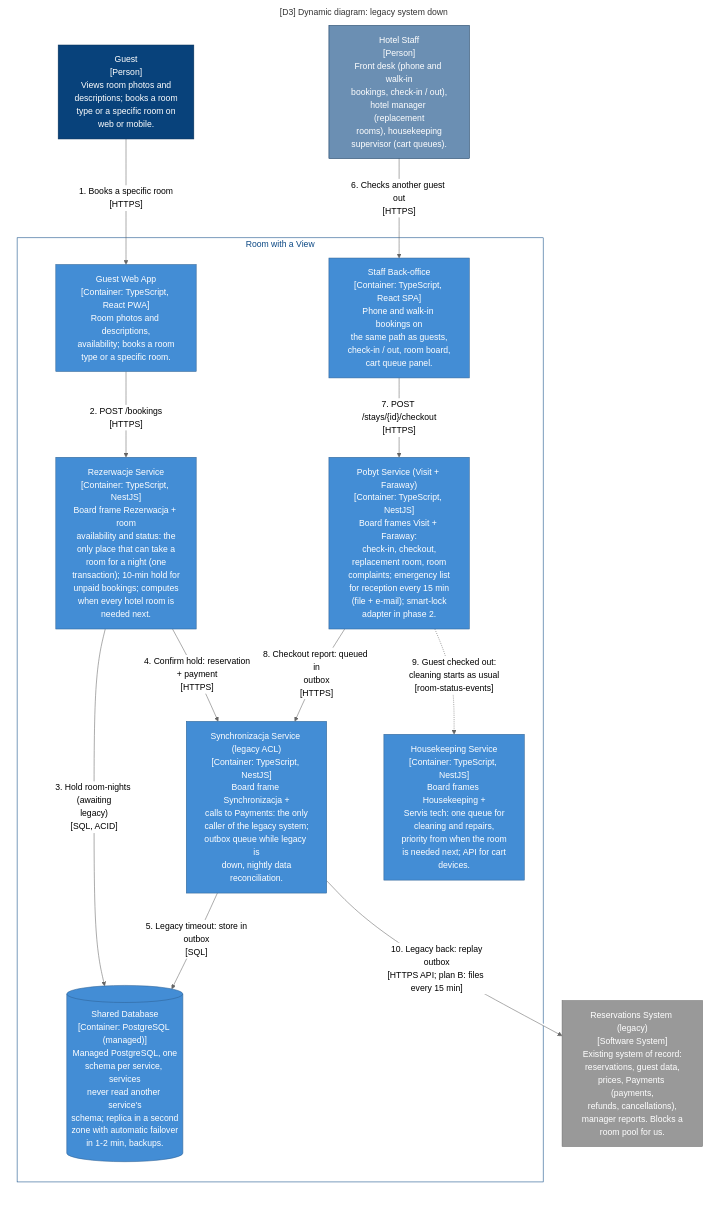
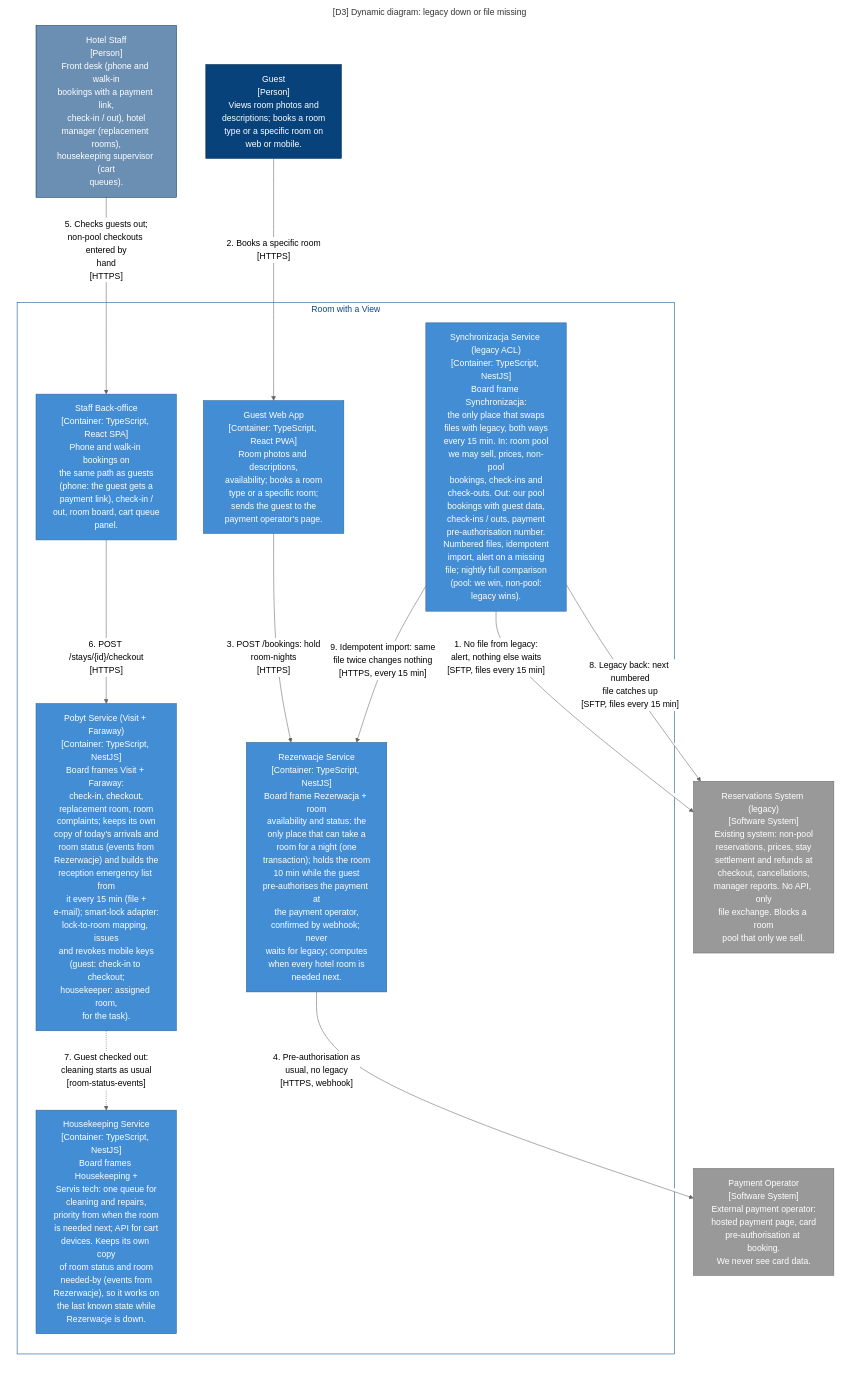
Before and after one commit to patrykkarny/Kata-workshopAI: the diagram in zadanie/c4/out/mermaid-plain/D3-LegacyDown.mmd, drawn with Mermaid (neutral theme). The commit also changed 28 other files, not shown here.

Commit message:
c4 i prezentacja: pliki z legacy, operator płatności, smart locki w MVP, nowe top 3

```diff
--- a/zadanie/c4/out/mermaid-plain/D3-LegacyDown.mmd
+++ b/zadanie/c4/out/mermaid-plain/D3-LegacyDown.mmd
@@ -1,44 +1,43 @@
 graph LR
   linkStyle default fill:#ffffff
 
-  subgraph diagram ["[D3] Dynamic diagram: legacy system down"]
+  subgraph diagram ["[D3] Dynamic diagram: legacy down or file missing"]
     style diagram fill:#ffffff,stroke:#ffffff
 
     subgraph 4 ["Room with a View"]
       style 4 fill:#ffffff,stroke:#0b4884,color:#0b4884
 
-      10["Pobyt Service (Visit + Faraway)<br/>[Container: TypeScript, NestJS]<br/>Board frames Visit + Faraway:<br/>check-in, checkout,<br/>replacement room, room<br/>complaints; emergency list<br/>for reception every 15 min<br/>(file + e-mail); smart-lock<br/>adapter in phase 2."]
+      10["Pobyt Service (Visit + Faraway)<br/>[Container: TypeScript, NestJS]<br/>Board frames Visit + Faraway:<br/>check-in, checkout,<br/>replacement room, room<br/>complaints; keeps its own<br/>copy of today's arrivals and<br/>room status (events from<br/>Rezerwacje) and builds the<br/>reception emergency list from<br/>it every 15 min (file +<br/>e-mail); smart-lock adapter:<br/>lock-to-room mapping, issues<br/>and revokes mobile keys<br/>(guest: check-in to checkout;<br/>housekeeper: assigned room,<br/>for the task)."]
       style 10 fill:#438dd5,stroke:#2e6295,color:#ffffff
-      11["Synchronizacja Service (legacy ACL)<br/>[Container: TypeScript, NestJS]<br/>Board frame Synchronizacja +<br/>calls to Payments: the only<br/>caller of the legacy system;<br/>outbox queue while legacy is<br/>down, nightly data<br/>reconciliation."]
+      11["Synchronizacja Service (legacy ACL)<br/>[Container: TypeScript, NestJS]<br/>Board frame Synchronizacja:<br/>the only place that swaps<br/>files with legacy, both ways<br/>every 15 min. In: room pool<br/>we may sell, prices, non-pool<br/>bookings, check-ins and<br/>check-outs. Out: our pool<br/>bookings with guest data,<br/>check-ins / outs, payment<br/>pre-authorisation number.<br/>Numbered files, idempotent<br/>import, alert on a missing<br/>file; nightly full comparison<br/>(pool: we win, non-pool:<br/>legacy wins)."]
       style 11 fill:#438dd5,stroke:#2e6295,color:#ffffff
-      13[("Shared Database<br/>[Container: PostgreSQL (managed)]<br/>Managed PostgreSQL, one<br/>schema per service, services<br/>never read another service's<br/>schema; replica in a second<br/>zone with automatic failover<br/>in 1-2 min, backups.")]
-      style 13 fill:#438dd5,stroke:#2e6295,color:#ffffff
-      5["Guest Web App<br/>[Container: TypeScript, React PWA]<br/>Room photos and descriptions,<br/>availability; books a room<br/>type or a specific room."]
+      5["Guest Web App<br/>[Container: TypeScript, React PWA]<br/>Room photos and descriptions,<br/>availability; books a room<br/>type or a specific room;<br/>sends the guest to the<br/>payment operator's page."]
       style 5 fill:#438dd5,stroke:#2e6295,color:#ffffff
-      6["Staff Back-office<br/>[Container: TypeScript, React SPA]<br/>Phone and walk-in bookings on<br/>the same path as guests,<br/>check-in / out, room board,<br/>cart queue panel."]
+      6["Staff Back-office<br/>[Container: TypeScript, React SPA]<br/>Phone and walk-in bookings on<br/>the same path as guests<br/>(phone: the guest gets a<br/>payment link), check-in /<br/>out, room board, cart queue<br/>panel."]
       style 6 fill:#438dd5,stroke:#2e6295,color:#ffffff
-      8["Rezerwacje Service<br/>[Container: TypeScript, NestJS]<br/>Board frame Rezerwacja + room<br/>availability and status: the<br/>only place that can take a<br/>room for a night (one<br/>transaction); 10-min hold for<br/>unpaid bookings; computes<br/>when every hotel room is<br/>needed next."]
+      8["Rezerwacje Service<br/>[Container: TypeScript, NestJS]<br/>Board frame Rezerwacja + room<br/>availability and status: the<br/>only place that can take a<br/>room for a night (one<br/>transaction); holds the room<br/>10 min while the guest<br/>pre-authorises the payment at<br/>the payment operator,<br/>confirmed by webhook; never<br/>waits for legacy; computes<br/>when every hotel room is<br/>needed next."]
       style 8 fill:#438dd5,stroke:#2e6295,color:#ffffff
-      9["Housekeeping Service<br/>[Container: TypeScript, NestJS]<br/>Board frames Housekeeping +<br/>Servis tech: one queue for<br/>cleaning and repairs,<br/>priority from when the room<br/>is needed next; API for cart<br/>devices."]
+      9["Housekeeping Service<br/>[Container: TypeScript, NestJS]<br/>Board frames Housekeeping +<br/>Servis tech: one queue for<br/>cleaning and repairs,<br/>priority from when the room<br/>is needed next; API for cart<br/>devices. Keeps its own copy<br/>of room status and room<br/>needed-by (events from<br/>Rezerwacje), so it works on<br/>the last known state while<br/>Rezerwacje is down."]
       style 9 fill:#438dd5,stroke:#2e6295,color:#ffffff
     end
 
     1["Guest<br/>[Person]<br/>Views room photos and<br/>descriptions; books a room<br/>type or a specific room on<br/>web or mobile."]
     style 1 fill:#08427b,stroke:#052e56,color:#ffffff
-    2["Hotel Staff<br/>[Person]<br/>Front desk (phone and walk-in<br/>bookings, check-in / out),<br/>hotel manager (replacement<br/>rooms), housekeeping<br/>supervisor (cart queues)."]
+    2["Hotel Staff<br/>[Person]<br/>Front desk (phone and walk-in<br/>bookings with a payment link,<br/>check-in / out), hotel<br/>manager (replacement rooms),<br/>housekeeping supervisor (cart<br/>queues)."]
     style 2 fill:#6b8fb3,stroke:#052e56,color:#ffffff
-    15["Reservations System (legacy)<br/>[Software System]<br/>Existing system of record:<br/>reservations, guest data,<br/>prices, Payments (payments,<br/>refunds, cancellations),<br/>manager reports. Blocks a<br/>room pool for us."]
+    15["Reservations System (legacy)<br/>[Software System]<br/>Existing system: non-pool<br/>reservations, prices, stay<br/>settlement and refunds at<br/>checkout, cancellations,<br/>manager reports. No API, only<br/>file exchange. Blocks a room<br/>pool that only we sell."]
     style 15 fill:#999999,stroke:#6b6b6b,color:#ffffff
+    17["Payment Operator<br/>[Software System]<br/>External payment operator:<br/>hosted payment page, card<br/>pre-authorisation at booking.<br/>We never see card data."]
+    style 17 fill:#999999,stroke:#6b6b6b,color:#ffffff
 
-    1-- "1. Books a specific room<br/>[HTTPS]" -->5
-    5-- "2. POST /bookings<br/>[HTTPS]" -->8
-    8-- "3. Hold room-nights (awaiting<br/>legacy)<br/>[SQL, ACID]" -->13
-    8-- "4. Confirm hold: reservation<br/>+ payment<br/>[HTTPS]" -->11
-    11-- "5. Legacy timeout: store in<br/>outbox<br/>[SQL]" -->13
-    2-- "6. Checks another guest out<br/>[HTTPS]" -->6
-    6-- "7. POST /stays/{id}/checkout<br/>[HTTPS]" -->10
-    10-- "8. Checkout report: queued in<br/>outbox<br/>[HTTPS]" -->11
-    10-. "9. Guest checked out:<br/>cleaning starts as usual<br/>[room-status-events]" .->9
-    11-- "10. Legacy back: replay<br/>outbox<br/>[HTTPS API; plan B: files every 15 min]" -->15
+    11-- "1. No file from legacy:<br/>alert, nothing else waits<br/>[SFTP, files every 15 min]" -->15
+    1-- "2. Books a specific room<br/>[HTTPS]" -->5
+    5-- "3. POST /bookings: hold<br/>room-nights<br/>[HTTPS]" -->8
+    8-- "4. Pre-authorisation as<br/>usual, no legacy<br/>[HTTPS, webhook]" -->17
+    2-- "5. Checks guests out;<br/>non-pool checkouts entered by<br/>hand<br/>[HTTPS]" -->6
+    6-- "6. POST /stays/{id}/checkout<br/>[HTTPS]" -->10
+    10-. "7. Guest checked out:<br/>cleaning starts as usual<br/>[room-status-events]" .->9
+    11-- "8. Legacy back: next numbered<br/>file catches up<br/>[SFTP, files every 15 min]" -->15
+    11-- "9. Idempotent import: same<br/>file twice changes nothing<br/>[HTTPS, every 15 min]" -->8
 
   end
```
